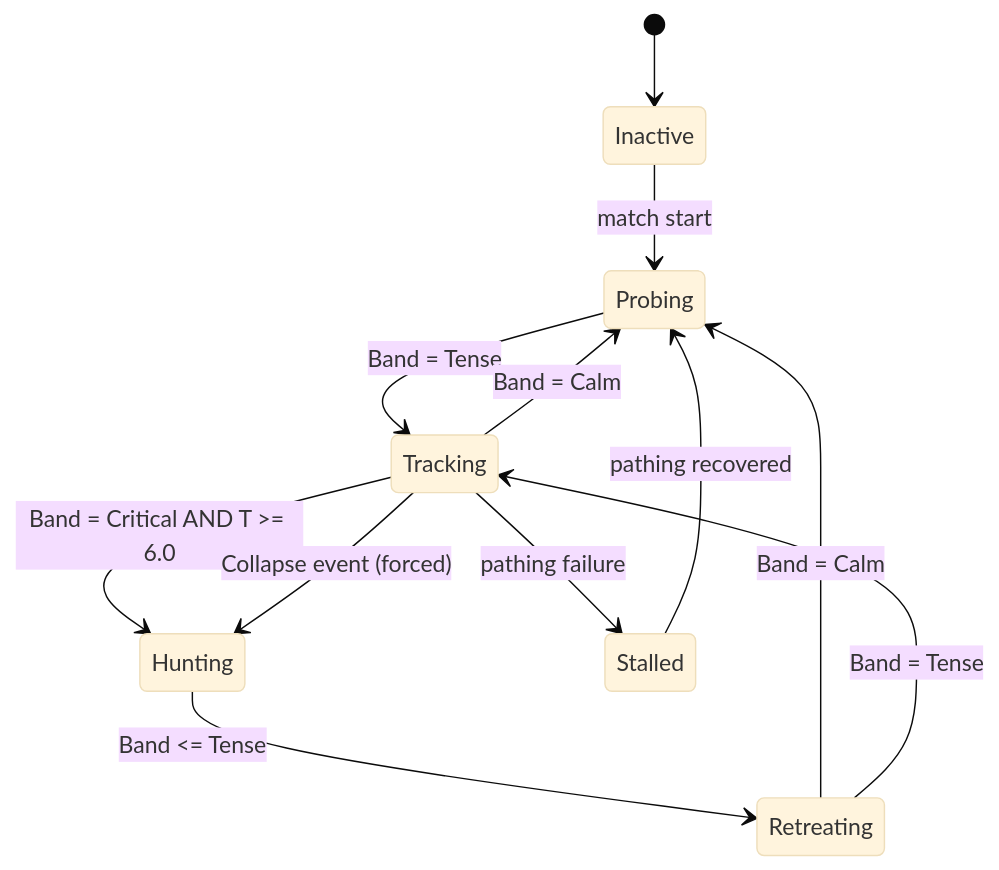
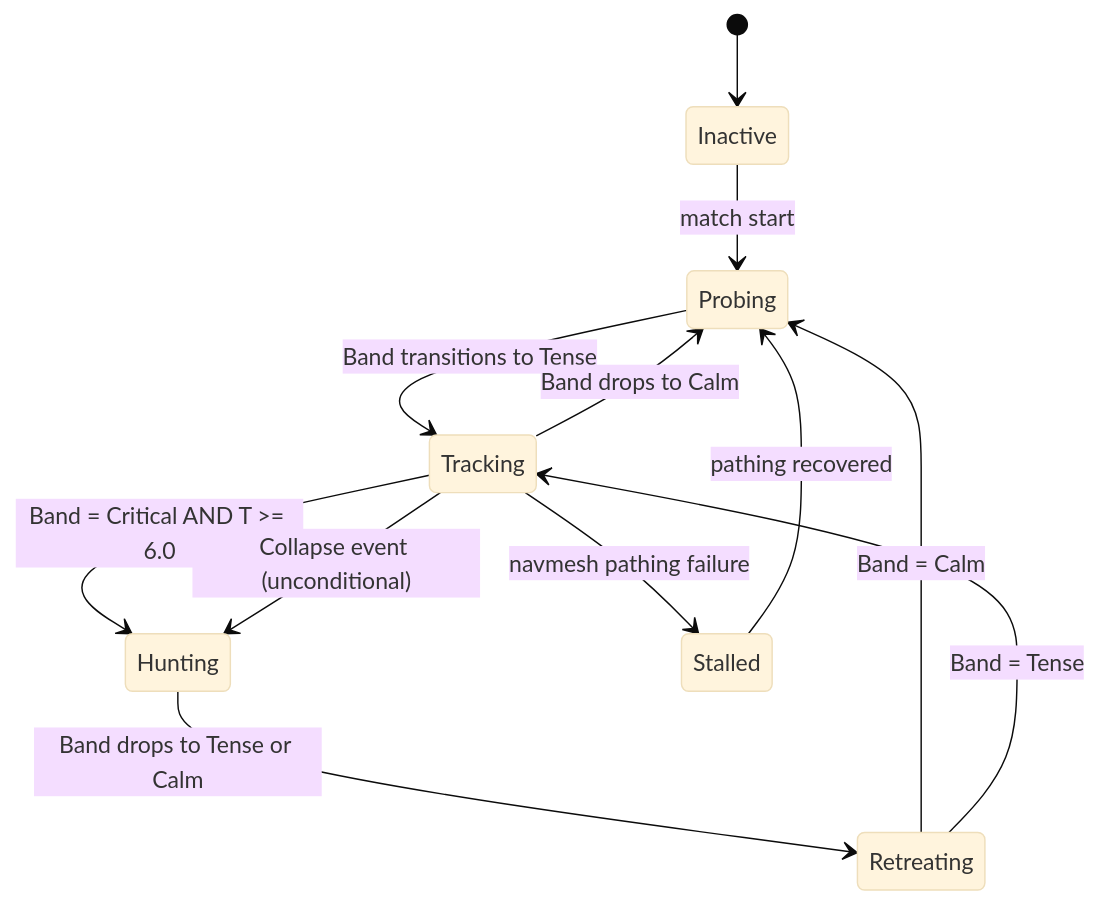
Before and after one commit to snehadpatel/QuestBit: the second of 3 diagrams in Project-Echo/docs/GDD/10 Monster AI.md, drawn with Mermaid (base theme). The commit also changed other lines of this file and 7 other files, not shown here.

````diff
--- a/Project-Echo/docs/GDD/10 Monster AI.md
+++ b/Project-Echo/docs/GDD/10 Monster AI.md
@@ -42,14 +61,14 @@
 ```mermaid
 stateDiagram-v2
     [*] --> Inactive
-    Inactive --> Probing: match start
-    Probing --> Tracking: Band = Tense
-    Tracking --> Probing: Band = Calm
-    Tracking --> Hunting: Band = Critical AND T >= 6.0
-    Tracking --> Hunting: Collapse event (forced)
-    Hunting --> Retreating: Band <= Tense
-    Retreating --> Probing: Band = Calm
-    Retreating --> Tracking: Band = Tense
-    Tracking --> Stalled: pathing failure
-    Stalled --> Probing: pathing recovered
+    Inactive --> Probing : match start
+    Probing --> Tracking : Band transitions to Tense
+    Tracking --> Probing : Band drops to Calm
+    Tracking --> Hunting : Band = Critical AND T >= 6.0
+    Tracking --> Hunting : Collapse event (unconditional)
+    Hunting --> Retreating : Band drops to Tense or Calm
+    Retreating --> Probing : Band = Calm
+    Retreating --> Tracking : Band = Tense
+    Tracking --> Stalled : navmesh pathing failure
+    Stalled --> Probing : pathing recovered
 ```
````
